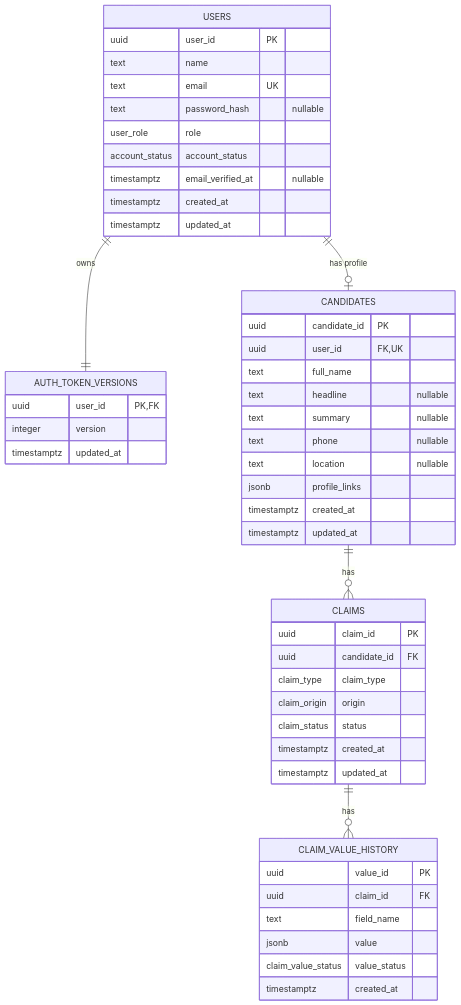
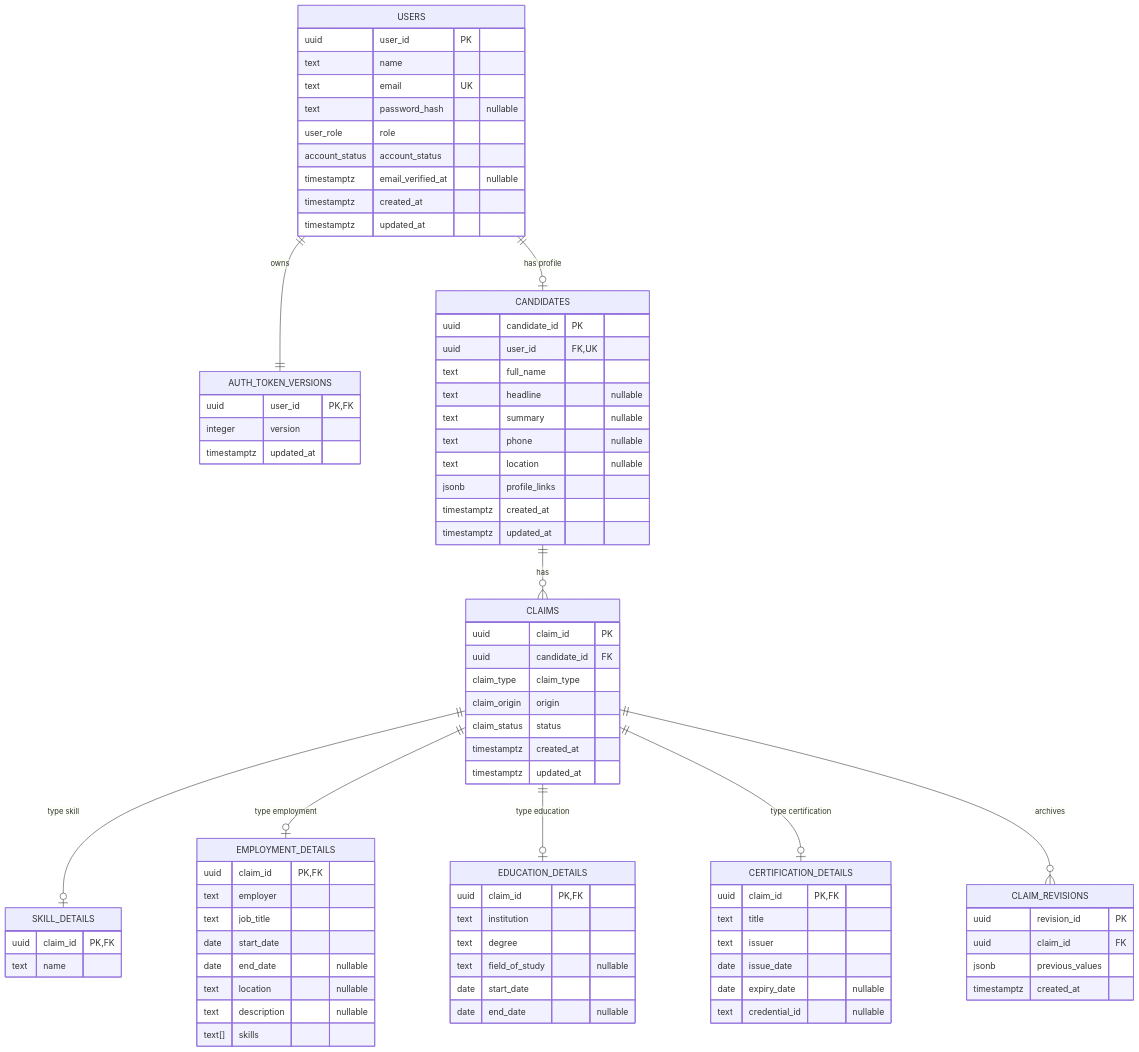
Before and after one commit to cv-parser-team/Backend: the diagram in docs/database/data-model.md, drawn with Mermaid. The commit also changed other lines of this file and 12 other files, not shown here.

First line of the commit message:
refactor(candidates): store claim values in per-type detail tables

````diff
--- a/docs/database/data-model.md
+++ b/docs/database/data-model.md
@@ -52,17 +52,49 @@
         timestamptz created_at
         timestamptz updated_at
     }
-    CLAIM_VALUE_HISTORY {
-        uuid value_id PK
+    SKILL_DETAILS {
+        uuid claim_id PK, FK
+        text name
+    }
+    EMPLOYMENT_DETAILS {
+        uuid claim_id PK, FK
+        text employer
+        text job_title
+        date start_date
+        date end_date "nullable"
+        text location "nullable"
+        text description "nullable"
+        text[] skills
+    }
+    EDUCATION_DETAILS {
+        uuid claim_id PK, FK
+        text institution
+        text degree
+        text field_of_study "nullable"
+        date start_date
+        date end_date "nullable"
+    }
+    CERTIFICATION_DETAILS {
+        uuid claim_id PK, FK
+        text title
+        text issuer
+        date issue_date
+        date expiry_date "nullable"
+        text credential_id "nullable"
+    }
+    CLAIM_REVISIONS {
+        uuid revision_id PK
         uuid claim_id FK
-        text field_name
-        jsonb value
-        claim_value_status value_status
+        jsonb previous_values
         timestamptz created_at
     }
 
     USERS ||--|| AUTH_TOKEN_VERSIONS : owns
     USERS ||--o| CANDIDATES : "has profile"
     CANDIDATES ||--o{ CLAIMS : has
-    CLAIMS ||--o{ CLAIM_VALUE_HISTORY : has
+    CLAIMS ||--o| SKILL_DETAILS : "type skill"
+    CLAIMS ||--o| EMPLOYMENT_DETAILS : "type employment"
+    CLAIMS ||--o| EDUCATION_DETAILS : "type education"
+    CLAIMS ||--o| CERTIFICATION_DETAILS : "type certification"
+    CLAIMS ||--o{ CLAIM_REVISIONS : archives
 ```
````
